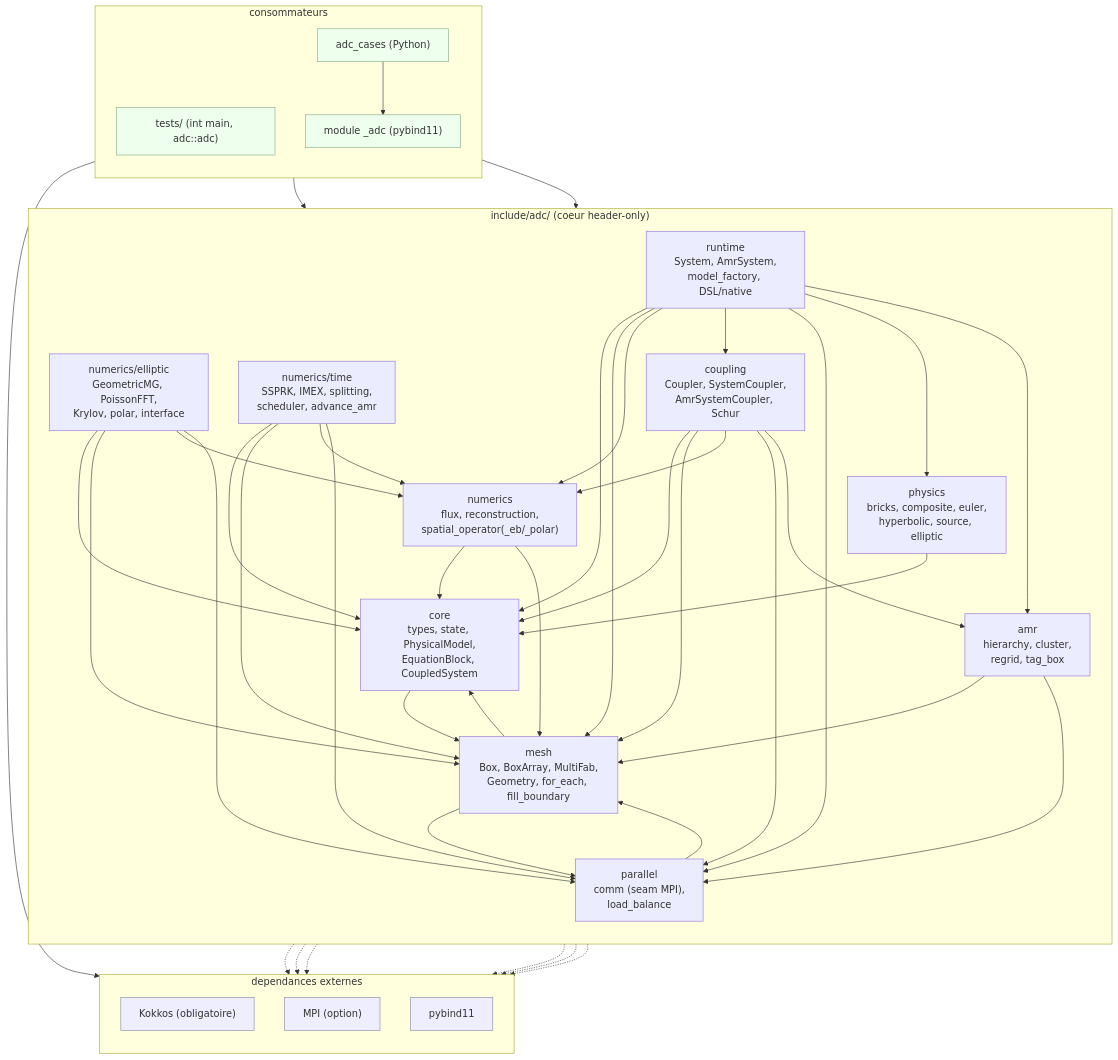
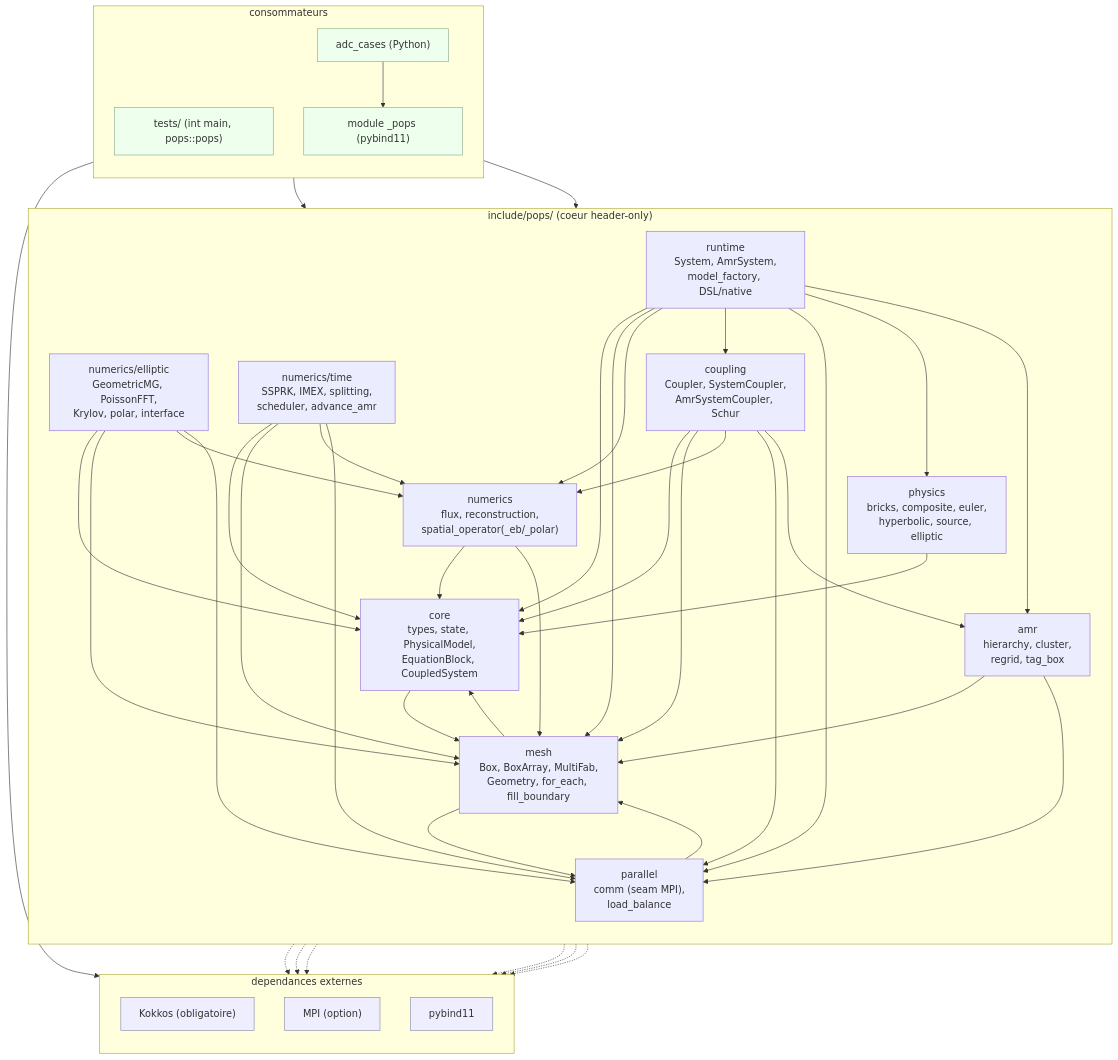
The first of 4 diagrams in docs/ARCHITECTURE.md (wolf75222/adc_cpp), drawn with Mermaid before and after one commit. The commit also changed other lines of this file and 964 other files, not shown here.

````diff
--- a/docs/ARCHITECTURE.md
+++ b/docs/ARCHITECTURE.md
@@ -42,80 +42,80 @@
 ```mermaid
 flowchart TD
-  subgraph adc["include/adc/ (coeur header-only)"]
+  subgraph adc["include/pops/ (coeur header-only)"]
     direction TB
     core["core<br/>types, state, PhysicalModel,<br/>EquationBlock, CoupledSystem"]
     physics["physics<br/>bricks, composite, euler,<br/>hyperbolic, source, elliptic"]
     mesh["mesh<br/>Box, BoxArray, MultiFab,<br/>Geometry, for_each, fill_boundary"]
     parallel["parallel<br/>comm (seam MPI),<br/>load_balance"]
     numerics["numerics<br/>flux, reconstruction,<br/>spatial_operator(_eb/_polar)"]
     elliptic["numerics/elliptic<br/>GeometricMG, PoissonFFT,<br/>Krylov, polar, interface"]
     timed["numerics/time<br/>SSPRK, IMEX, splitting,<br/>scheduler, advance_amr"]
     amr["amr<br/>hierarchy, cluster,<br/>regrid, tag_box"]
     coupling["coupling<br/>Coupler, SystemCoupler,<br/>AmrSystemCoupler, Schur"]
     runtime["runtime<br/>System, AmrSystem,<br/>model_factory, DSL/native"]
   end
 
   subgraph ext["dependances externes"]
     direction TB
     kokkos["Kokkos (obligatoire)"]
     mpi["MPI (option)"]
     pybind["pybind11"]
   end
 
   subgraph cons["consommateurs"]
     direction TB
-    tests["tests/ (int main, adc::adc)"]
-    pymod["module _adc (pybind11)"]
+    tests["tests/ (int main, pops::pops)"]
+    pymod["module _pops (pybind11)"]
     cases["adc_cases (Python)"]
   end
 
   %% dependances internes (inclusions reelles)
   mesh --> core
   mesh --> parallel
   parallel --> mesh
   physics --> core
   core --> mesh
   numerics --> core
   numerics --> mesh
   elliptic --> core
   elliptic --> mesh
   elliptic --> numerics
   elliptic --> parallel
   timed --> core
   timed --> mesh
   timed --> numerics
   timed --> parallel
   amr --> mesh
   amr --> parallel
   coupling --> core
   coupling --> mesh
   coupling --> numerics
   coupling --> parallel
   coupling --> amr
   runtime --> core
   runtime --> mesh
   runtime --> numerics
   runtime --> coupling
   runtime --> parallel
   runtime --> physics
   runtime --> amr
 
   %% dependances externes (seams confinees)
   mesh -.-> kokkos
   core -.-> kokkos
   numerics -.-> kokkos
   parallel -.-> mpi
   mesh -.-> mpi
   elliptic -.-> mpi
 
   %% consommateurs
   tests --> runtime
   pymod --> runtime
   pymod --> pybind
   cases --> pymod
 
   classDef extcls fill:#eef,stroke:#88a;
   classDef conscls fill:#efe,stroke:#8a8;
   class kokkos,mpi,pybind extcls;
   class tests,pymod,cases conscls;
 ```
````
